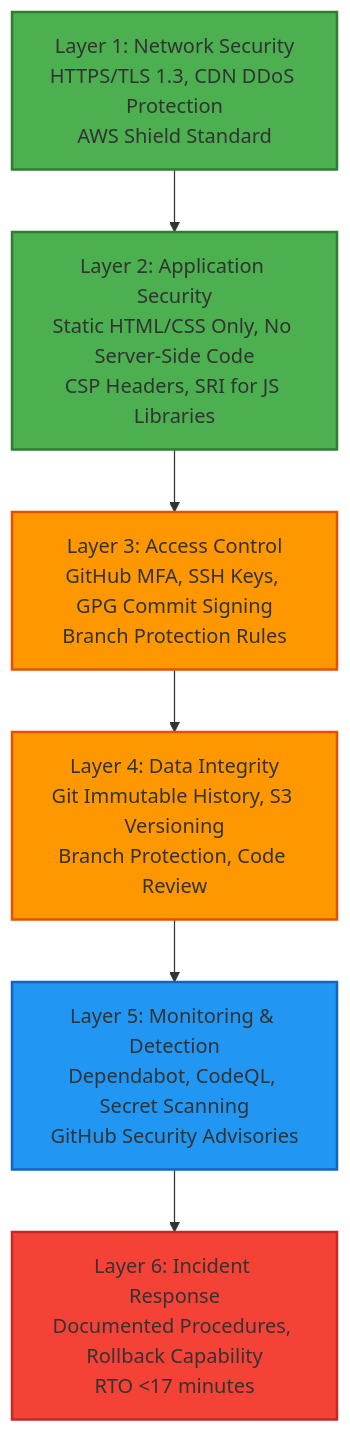
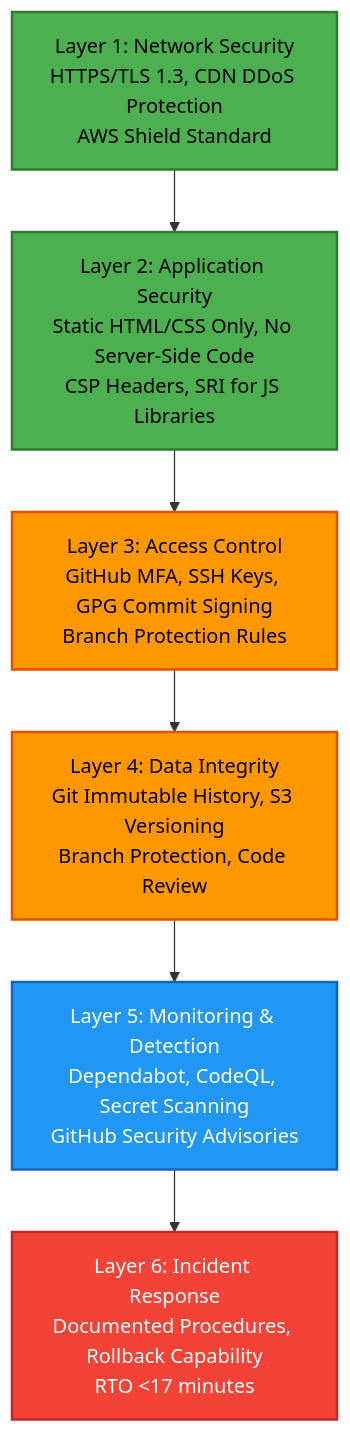
One commit to Hack23/riksdagsmonitor changed diagram 12 of 16 in ARCHITECTURE.md. Above: the diagram before and after it, drawn with Mermaid. The commit also changed other lines of this file and 11 other files, not shown here.

First line of the commit message:
Fix broken mermaid diagrams: SWOT gantt, quadrantChart theming, init quotes, text colors

````diff
--- a/ARCHITECTURE.md
+++ b/ARCHITECTURE.md
@@ -1093,22 +1093,22 @@
 ```mermaid
 graph TD
     Layer1[Layer 1: Network Security<br/>HTTPS/TLS 1.3, CDN DDoS Protection<br/>AWS Shield Standard]
     Layer2[Layer 2: Application Security<br/>Static HTML/CSS Only, No Server-Side Code<br/>CSP Headers, SRI for JS Libraries]
     Layer3[Layer 3: Access Control<br/>GitHub MFA, SSH Keys, GPG Commit Signing<br/>Branch Protection Rules]
     Layer4[Layer 4: Data Integrity<br/>Git Immutable History, S3 Versioning<br/>Branch Protection, Code Review]
     Layer5[Layer 5: Monitoring & Detection<br/>Dependabot, CodeQL, Secret Scanning<br/>GitHub Security Advisories]
     Layer6[Layer 6: Incident Response<br/>Documented Procedures, Rollback Capability<br/>RTO <17 minutes]
     
     Layer1 --> Layer2
     Layer2 --> Layer3
     Layer3 --> Layer4
     Layer4 --> Layer5
     Layer5 --> Layer6
     
-    style Layer1 fill:#4caf50,stroke:#2e7d32,stroke-width:2px
-    style Layer2 fill:#4caf50,stroke:#2e7d32,stroke-width:2px
-    style Layer3 fill:#ff9800,stroke:#e65100,stroke-width:2px
-    style Layer4 fill:#ff9800,stroke:#e65100,stroke-width:2px
-    style Layer5 fill:#2196f3,stroke:#1565c0,stroke-width:2px
-    style Layer6 fill:#f44336,stroke:#c62828,stroke-width:2px
+    style Layer1 fill:#4caf50,stroke:#2e7d32,stroke-width:2px,color:#000000
+    style Layer2 fill:#4caf50,stroke:#2e7d32,stroke-width:2px,color:#000000
+    style Layer3 fill:#ff9800,stroke:#e65100,stroke-width:2px,color:#000000
+    style Layer4 fill:#ff9800,stroke:#e65100,stroke-width:2px,color:#000000
+    style Layer5 fill:#2196f3,stroke:#1565c0,stroke-width:2px,color:#ffffff
+    style Layer6 fill:#f44336,stroke:#c62828,stroke-width:2px,color:#ffffff
 ```
````
